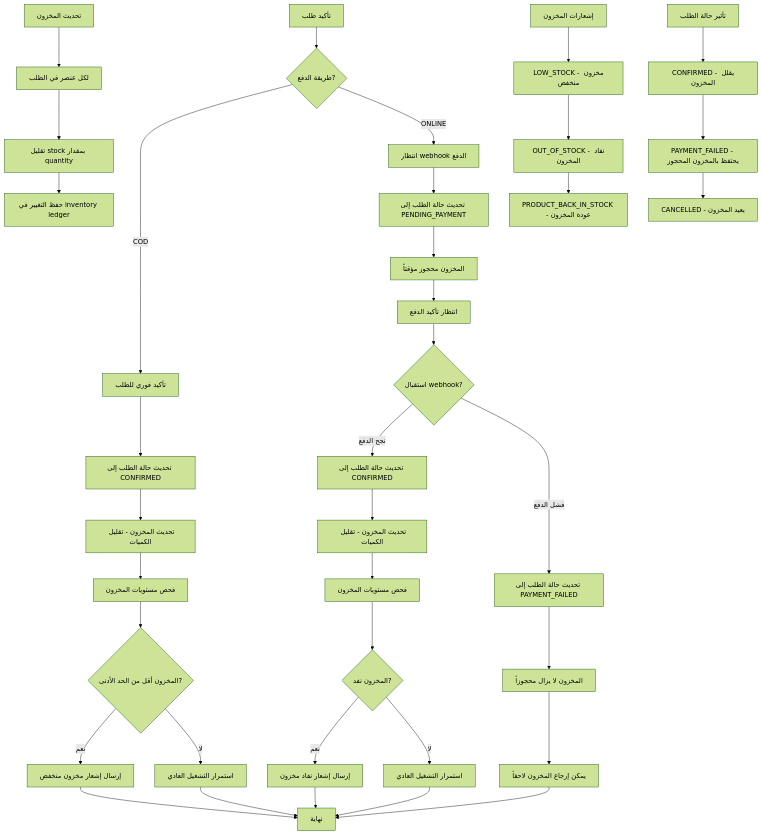
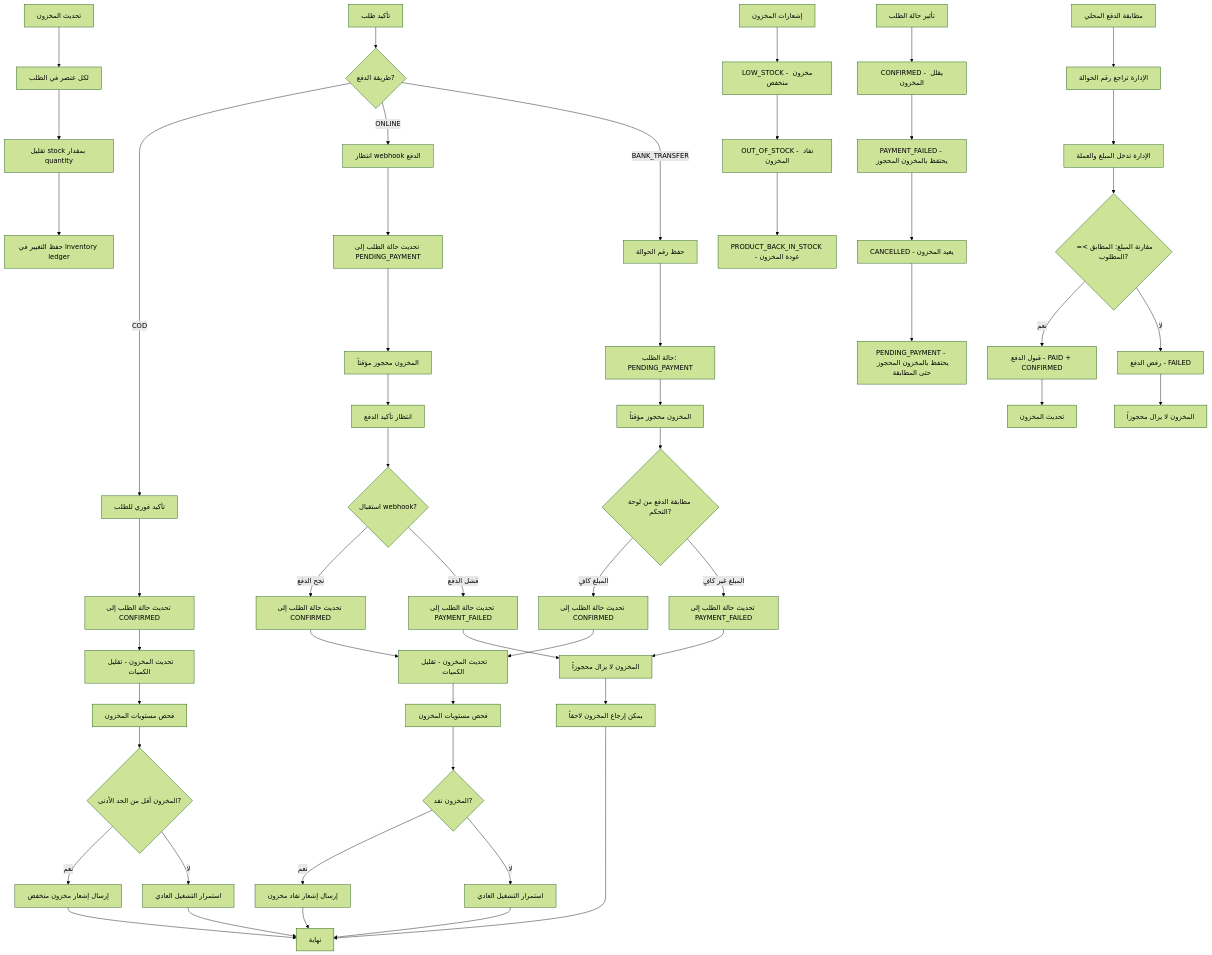
The diagram in docs/requirements/flows/payment/inventory-payment-integration.mmd (mpro775/tagdod-project), drawn with Mermaid (forest theme) before and after one commit. The commit also changed 412 other files, not shown here.

```diff
--- a/docs/requirements/flows/payment/inventory-payment-integration.mmd
+++ b/docs/requirements/flows/payment/inventory-payment-integration.mmd
@@ -1,54 +1,73 @@
 %% Inventory Payment Integration Flow
 %% View at https://mermaid.live
 flowchart TD
   A[تأكيد طلب] --> B{طريقة الدفع?}
   B -->|COD| C[تأكيد فوري للطلب]
   B -->|ONLINE| D[انتظار webhook الدفع]
+  B -->|BANK_TRANSFER| AA[حفظ رقم الحوالة]
 
   C --> E[تحديث حالة الطلب إلى CONFIRMED]
   D --> F[تحديث حالة الطلب إلى PENDING_PAYMENT]
 
   E --> G[تحديث المخزون - تقليل الكميات]
   F --> H[المخزون محجوز مؤقتاً]
+  AA --> AB[حالة الطلب: PENDING_PAYMENT]
 
   G --> I[فحص مستويات المخزون]
   H --> J[انتظار تأكيد الدفع]
+  AB --> AC[المخزون محجوز مؤقتاً]
 
   I --> K{المخزون أقل من الحد الأدنى?}
   K -->|نعم| L[إرسال إشعار مخزون منخفض]
   K -->|لا| M[استمرار التشغيل العادي]
 
   J --> N{استقبال webhook?}
   N -->|نجح الدفع| O[تحديث حالة الطلب إلى CONFIRMED]
   N -->|فشل الدفع| P[تحديث حالة الطلب إلى PAYMENT_FAILED]
 
+  AC --> AD{مطابقة الدفع من لوحة التحكم?}
+  AD -->|المبلغ كافٍ| AE[تحديث حالة الطلب إلى CONFIRMED]
+  AD -->|المبلغ غير كافٍ| AF[تحديث حالة الطلب إلى PAYMENT_FAILED]
+
   O --> Q[تحديث المخزون - تقليل الكميات]
   P --> R[المخزون لا يزال محجوزاً]
+  AE --> Q
+  AF --> R
 
   Q --> S[فحص مستويات المخزون]
   R --> T[يمكن إرجاع المخزون لاحقاً]
 
   S --> U{المخزون نفد?}
   U -->|نعم| V[إرسال إشعار نفاد مخزون]
   U -->|لا| W[استمرار التشغيل العادي]
 
   L --> X[نهاية]
   M --> X
   V --> X
   W --> X
   T --> X
 
   %% Inventory Update Process
   Y[تحديث المخزون] --> Y1[لكل عنصر في الطلب]
   Y1 --> Y2[تقليل stock بمقدار quantity]
   Y2 --> Y3[حفظ التغيير في inventory ledger]
 
   %% Inventory Notifications
   Z[إشعارات المخزون] --> Z1[LOW_STOCK - مخزون منخفض]
   Z1 --> Z2[OUT_OF_STOCK - نفاد المخزون]
   Z2 --> Z3[PRODUCT_BACK_IN_STOCK - عودة المخزون]
 
   %% Order Status Impact
-  AA[تأثير حالة الطلب] --> AA1[CONFIRMED - يقلل المخزون]
-  AA1 --> AA2[PAYMENT_FAILED - يحتفظ بالمخزون المحجوز]
-  AA2 --> AA3[CANCELLED - يعيد المخزون]
+  AG[تأثير حالة الطلب] --> AG1[CONFIRMED - يقلل المخزون]
+  AG1 --> AG2[PAYMENT_FAILED - يحتفظ بالمخزون المحجوز]
+  AG2 --> AG3[CANCELLED - يعيد المخزون]
+  AG3 --> AG4[PENDING_PAYMENT - يحتفظ بالمخزون المحجوز حتى المطابقة]
+
+  %% Local Payment Verification Process
+  AH[مطابقة الدفع المحلي] --> AH1[الإدارة تراجع رقم الحوالة]
+  AH1 --> AH2[الإدارة تدخل المبلغ والعملة]
+  AH2 --> AH3{مقارنة المبلغ: المطابق >= المطلوب?}
+  AH3 -->|نعم| AH4[قبول الدفع - PAID + CONFIRMED]
+  AH3 -->|لا| AH5[رفض الدفع - FAILED]
+  AH4 --> AH6[تحديث المخزون]
+  AH5 --> AH7[المخزون لا يزال محجوزاً]
```
